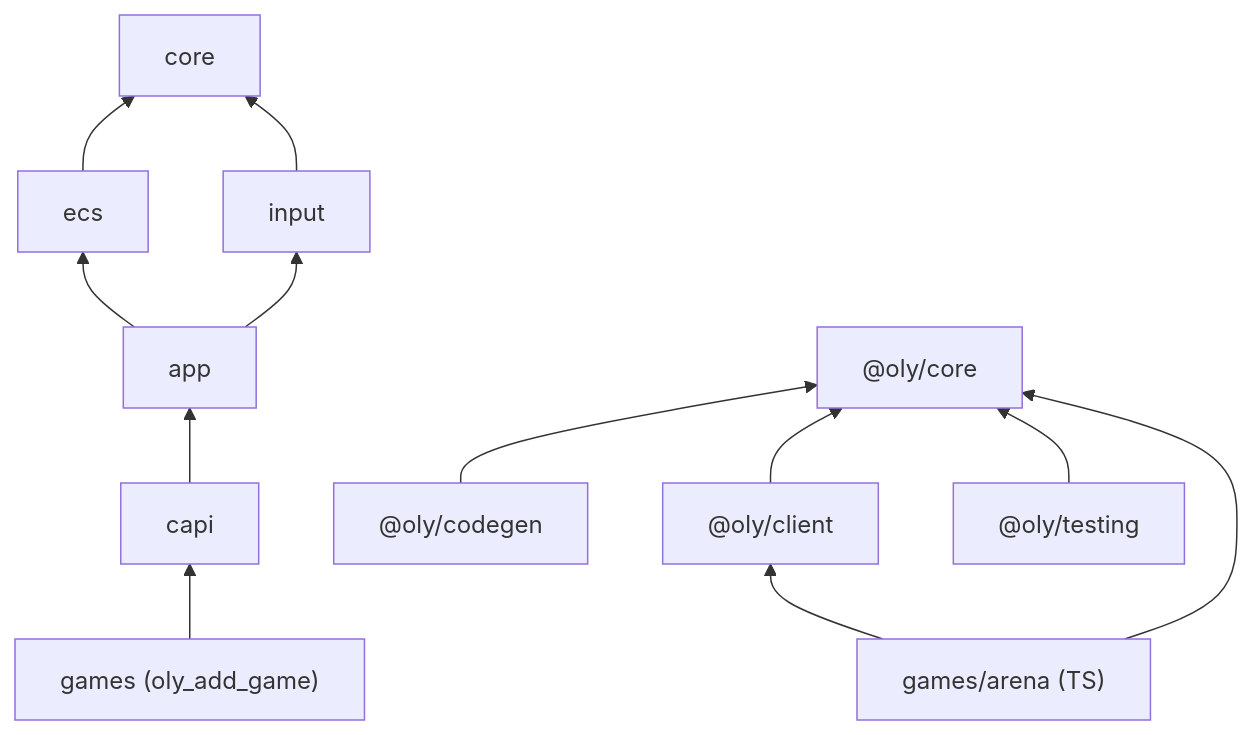
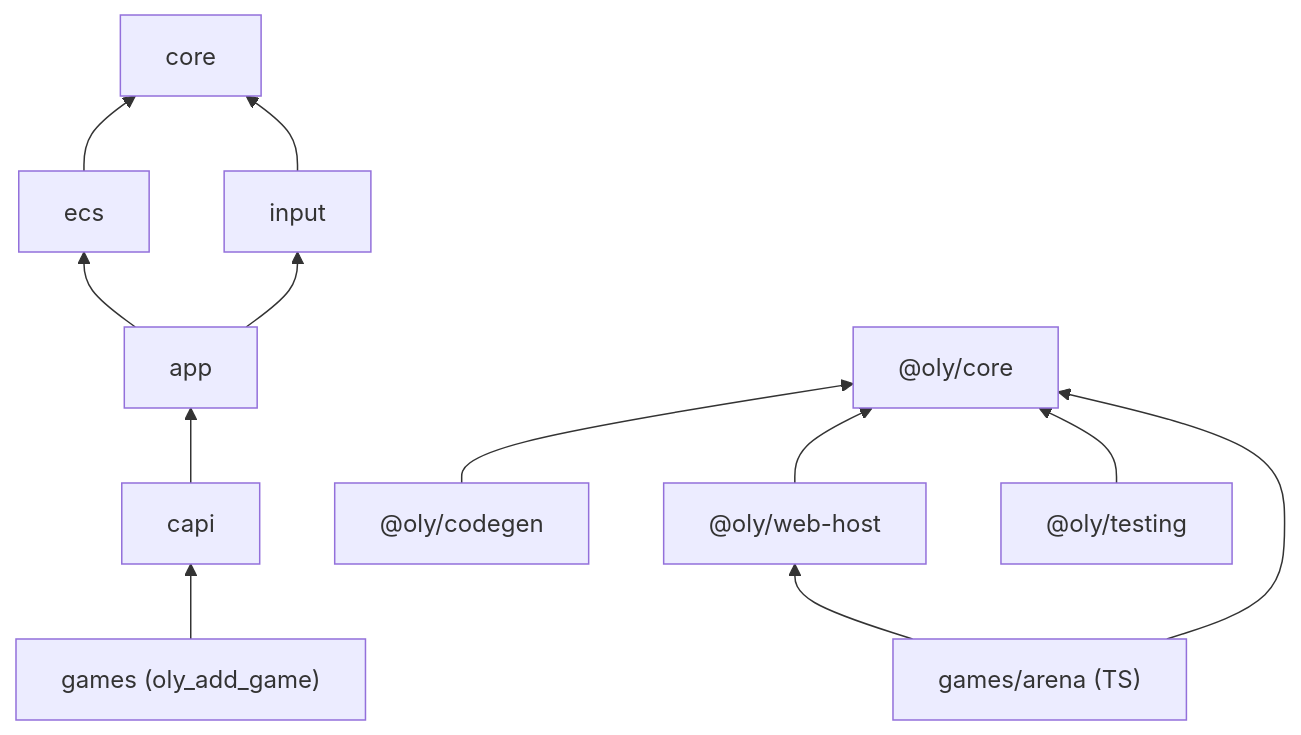
One commit to Danrley-Ruan-Saquetti/ECSArchetype changed the diagram in docs/architecture/modules-and-boundaries.md. Above: the diagram before and after it, drawn with Mermaid. The commit also changed other lines of this file and 33 other files, not shown here.

Commit message:
refactor: rename @oly/client to @oly/web-host under the web environment

````diff
--- a/docs/architecture/modules-and-boundaries.md
+++ b/docs/architecture/modules-and-boundaries.md
@@ -5,14 +5,14 @@
 ```mermaid
 graph BT
   ecs --> core
   input --> core
   app --> ecs
   app --> input
   capi --> app
   games["games (oly_add_game)"] --> capi
   codegen["@oly/codegen"] --> tscore["@oly/core"]
-  client["@oly/client"] --> tscore
+  webHost["@oly/web-host"] --> tscore
   testing["@oly/testing"] --> tscore
   arena["games/arena (TS)"] --> tscore
-  arena --> client
+  arena --> webHost
 ```
````
